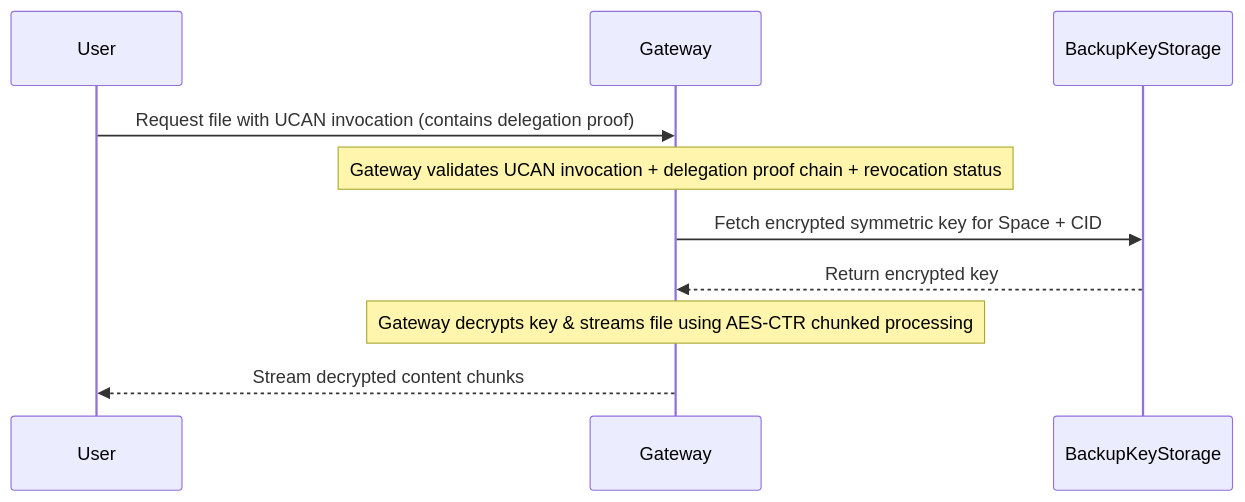
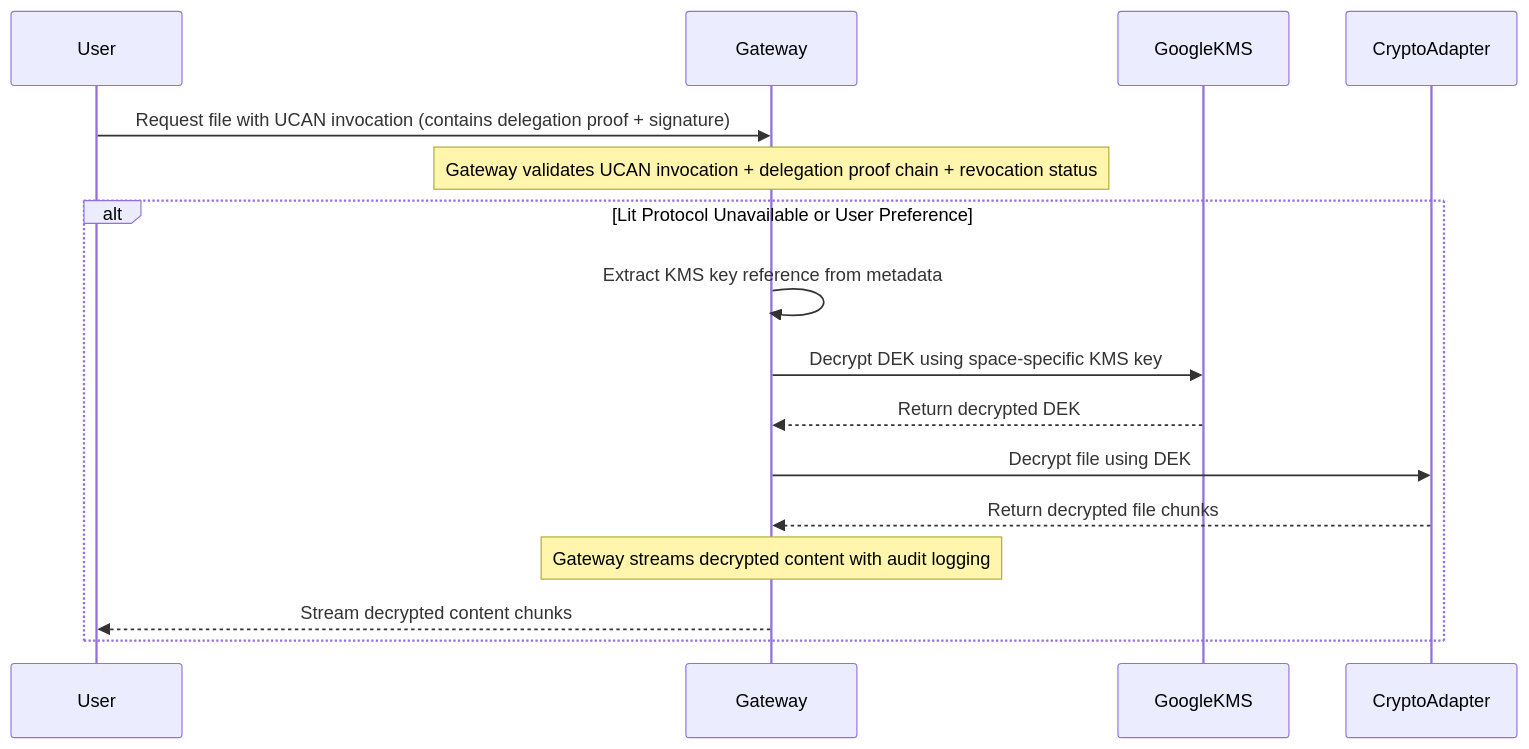
Before and after one commit to storacha/RFC: the fourth of 5 diagrams in client-side-encryption.md, drawn with Mermaid. The commit also changed other lines of this file, not shown here.

````diff
--- a/client-side-encryption.md
+++ b/client-side-encryption.md
@@ -264,13 +747,20 @@
 ```mermaid
 sequenceDiagram
     participant User
     participant Gateway
-    participant BackupKeyStorage
+    participant GoogleKMS
+    participant CryptoAdapter
 
-    User->>Gateway: Request file with UCAN invocation (contains delegation proof)
+    User->>Gateway: Request file with UCAN invocation (contains delegation proof + signature)
     Note over Gateway: Gateway validates UCAN invocation + delegation proof chain + revocation status
-    Gateway->>BackupKeyStorage: Fetch encrypted symmetric key for Space + CID
-    BackupKeyStorage-->>Gateway: Return encrypted key
-    Note over Gateway: Gateway decrypts key & streams file using AES-CTR chunked processing
-    Gateway-->>User: Stream decrypted content chunks
+
+    alt Lit Protocol Unavailable or User Preference
+        Gateway->>Gateway: Extract KMS key reference from metadata
+        Gateway->>GoogleKMS: Decrypt DEK using space-specific KMS key
+        GoogleKMS-->>Gateway: Return decrypted DEK
+        Gateway->>CryptoAdapter: Decrypt file using DEK
+        CryptoAdapter-->>Gateway: Return decrypted file chunks
+        Note over Gateway: Gateway streams decrypted content with audit logging
+        Gateway-->>User: Stream decrypted content chunks
+    end
 ```
````
